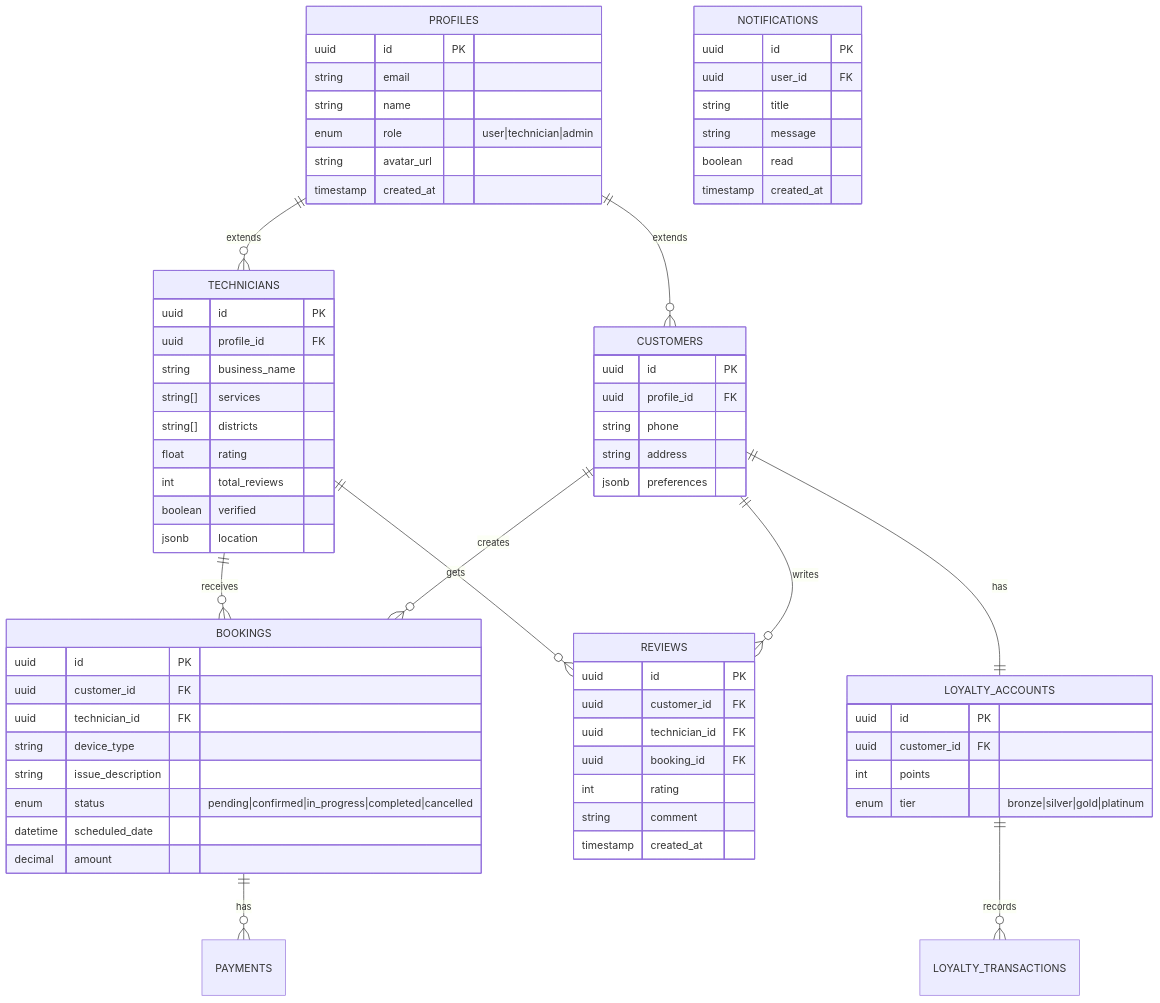
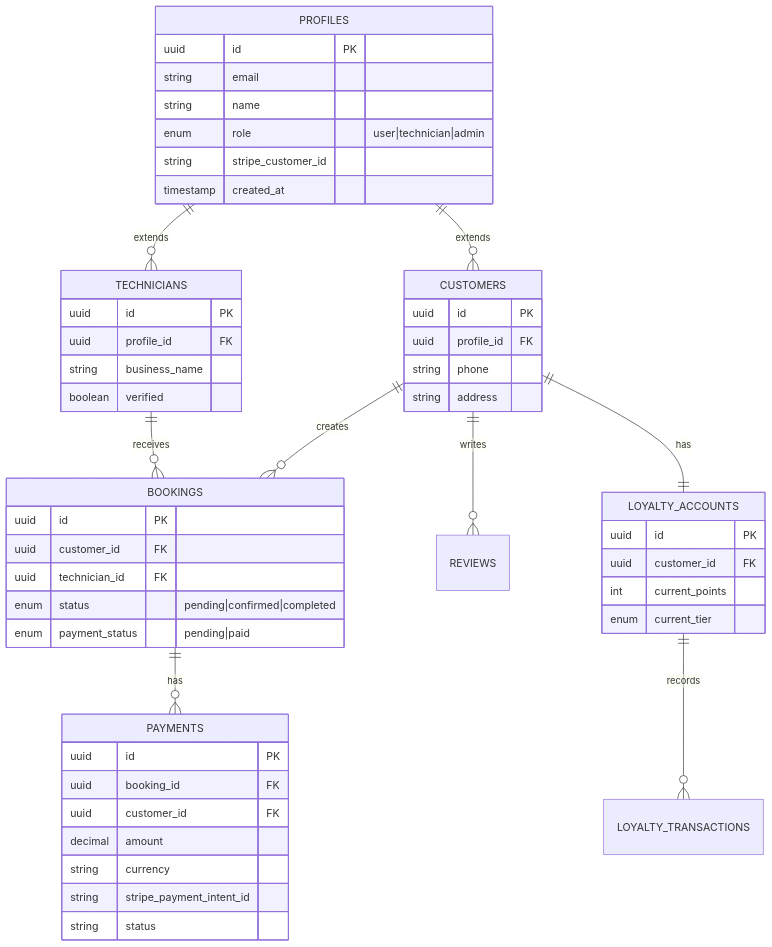
Before and after one commit to Irchika774/Tech-Care_official: the third of 13 diagrams in README.md, drawn with Mermaid. The commit also changed other lines of this file, not shown here.

Commit message:
docs: improve architecture diagrams in README

````diff
--- a/README.md
+++ b/README.md
@@ -160,77 +160,58 @@
 ```mermaid
 erDiagram
     PROFILES ||--o{ CUSTOMERS : "extends"
     PROFILES ||--o{ TECHNICIANS : "extends"
     PROFILES {
         uuid id PK
         string email
         string name
         enum role "user|technician|admin"
-        string avatar_url
+        string stripe_customer_id
         timestamp created_at
     }
     
     CUSTOMERS ||--o{ BOOKINGS : "creates"
     CUSTOMERS ||--o{ REVIEWS : "writes"
     CUSTOMERS ||--|| LOYALTY_ACCOUNTS : "has"
     CUSTOMERS {
         uuid id PK
         uuid profile_id FK
         string phone
         string address
-        jsonb preferences
     }
     
     TECHNICIANS ||--o{ BOOKINGS : "receives"
-    TECHNICIANS ||--o{ REVIEWS : "gets"
     TECHNICIANS {
         uuid id PK
         uuid profile_id FK
         string business_name
-        string[] services
-        string[] districts
-        float rating
-        int total_reviews
         boolean verified
-        jsonb location
     }
     
     BOOKINGS ||--o{ PAYMENTS : "has"
     BOOKINGS {
         uuid id PK
         uuid customer_id FK
         uuid technician_id FK
-        string device_type
-        string issue_description
-        enum status "pending|confirmed|in_progress|completed|cancelled"
-        datetime scheduled_date
-        decimal amount
+        enum status "pending|confirmed|completed"
+        enum payment_status "pending|paid"
     }
     
-    REVIEWS {
+    PAYMENTS {
         uuid id PK
+        uuid booking_id FK
         uuid customer_id FK
-        uuid technician_id FK
-        uuid booking_id FK
-        int rating
-        string comment
-        timestamp created_at
+        decimal amount
+        string currency
+        string stripe_payment_intent_id
+        string status
     }
     
     LOYALTY_ACCOUNTS ||--o{ LOYALTY_TRANSACTIONS : "records"
     LOYALTY_ACCOUNTS {
         uuid id PK
         uuid customer_id FK
-        int points
-        enum tier "bronze|silver|gold|platinum"
-    }
-    
-    NOTIFICATIONS {
-        uuid id PK
-        uuid user_id FK
-        string title
-        string message
-        boolean read
-        timestamp created_at
+        int current_points
+        enum current_tier
     }
 ```
````
